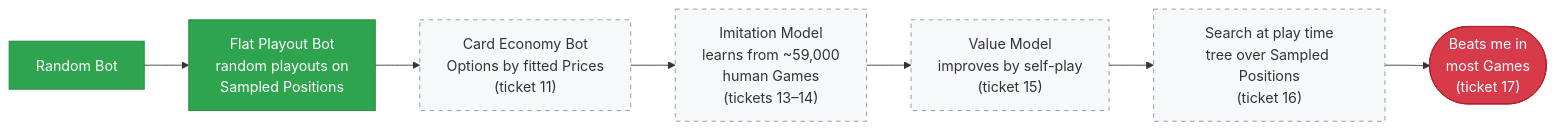
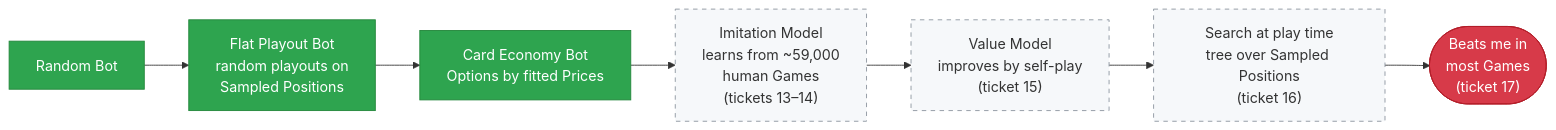
Before and after one commit to niels32167/tfm-with-bots: the seventh of 7 diagrams in README.md, drawn with Mermaid. The commit also changed other lines of this file and 21 other files, not shown here.

First line of the commit message:
Price Options with a fitted Card Economy Bot (ticket 11 of phase 2)

````diff
--- a/README.md
+++ b/README.md
@@ -347,12 +365,12 @@
 ```mermaid
 flowchart LR
     R["Random Bot"]:::done --> F["Flat Playout Bot<br/>random playouts on<br/>Sampled Positions"]:::done
-    F --> C["Card Economy Bot<br/>Options by fitted Prices<br/>(ticket 11)"]:::todo
+    F --> C["Card Economy Bot<br/>Options by fitted Prices"]:::done
     C --> I["Imitation Model<br/>learns from ~59,000<br/>human Games<br/>(tickets 13–14)"]:::todo
     I --> V["Value Model<br/>improves by self-play<br/>(ticket 15)"]:::todo
     V --> S["Search at play time<br/>tree over Sampled Positions<br/>(ticket 16)"]:::todo
     S --> H(["Beats me in<br/>most Games<br/>(ticket 17)"]):::goal
     classDef done fill:#2ea44f,color:#fff,stroke:#22863a
     classDef todo fill:#f6f8fa,stroke:#8b949e,stroke-dasharray: 5 5
     classDef goal fill:#d73a49,color:#fff,stroke:#b31d28
 ```
````
